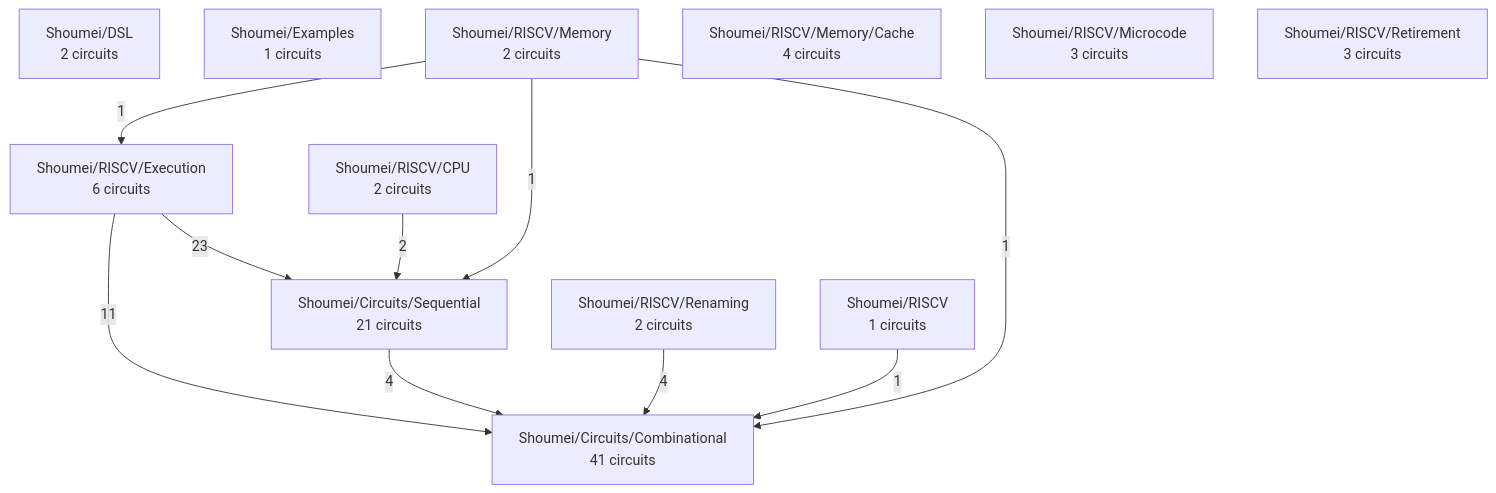
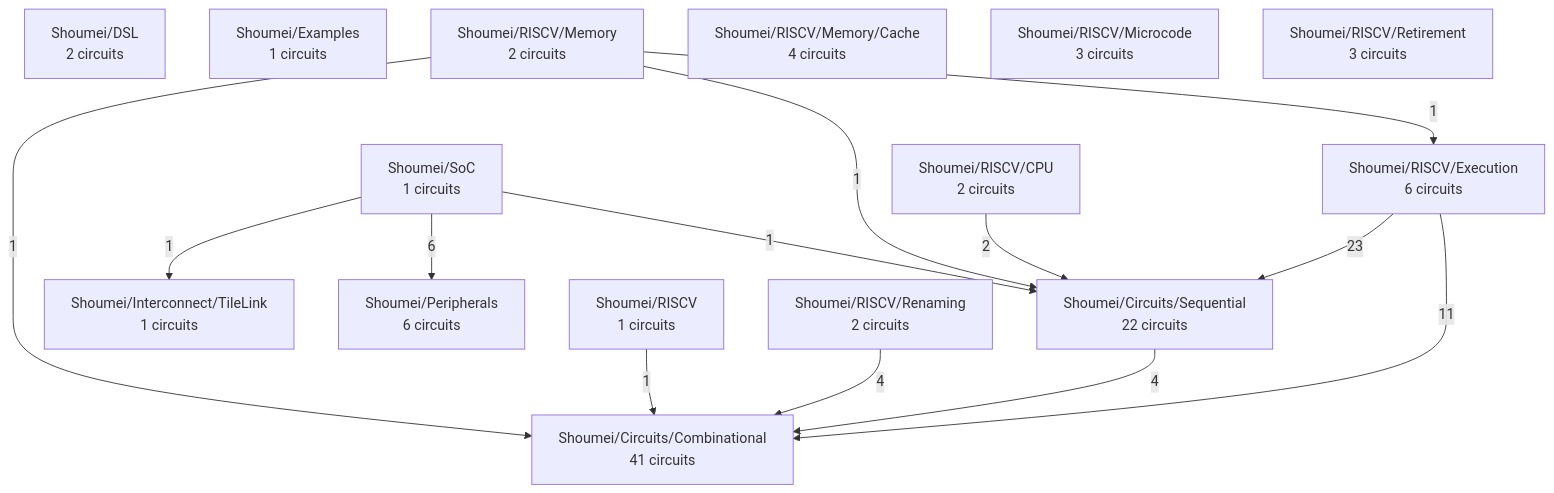
The diagram in docs/project-map.md (atvrager/Shoumei-RTL), drawn with Mermaid before and after one commit. The commit also changed other lines of this file and 41 other files, not shown here.

First line of the commit message:
Add Shoumei SoC: peripherals, TL-UH bus, clock/reset, ACLINT/APLIC, interactive visualizer (#122)

````diff
--- a/docs/project-map.md
+++ b/docs/project-map.md
@@ -25,24 +25,30 @@
 ```mermaid
 graph TD
   Shoumei_Circuits_Combinational["Shoumei/Circuits/Combinational<br/>41 circuits"]
-  Shoumei_Circuits_Sequential["Shoumei/Circuits/Sequential<br/>21 circuits"]
+  Shoumei_Circuits_Sequential["Shoumei/Circuits/Sequential<br/>22 circuits"]
   Shoumei_DSL["Shoumei/DSL<br/>2 circuits"]
   Shoumei_Examples["Shoumei/Examples<br/>1 circuits"]
+  Shoumei_Interconnect_TileLink["Shoumei/Interconnect/TileLink<br/>1 circuits"]
+  Shoumei_Peripherals["Shoumei/Peripherals<br/>6 circuits"]
   Shoumei_RISCV["Shoumei/RISCV<br/>1 circuits"]
   Shoumei_RISCV_CPU["Shoumei/RISCV/CPU<br/>2 circuits"]
   Shoumei_RISCV_Execution["Shoumei/RISCV/Execution<br/>6 circuits"]
   Shoumei_RISCV_Memory["Shoumei/RISCV/Memory<br/>2 circuits"]
   Shoumei_RISCV_Memory_Cache["Shoumei/RISCV/Memory/Cache<br/>4 circuits"]
   Shoumei_RISCV_Microcode["Shoumei/RISCV/Microcode<br/>3 circuits"]
   Shoumei_RISCV_Renaming["Shoumei/RISCV/Renaming<br/>2 circuits"]
   Shoumei_RISCV_Retirement["Shoumei/RISCV/Retirement<br/>3 circuits"]
+  Shoumei_SoC["Shoumei/SoC<br/>1 circuits"]
   Shoumei_RISCV_Execution -->|23| Shoumei_Circuits_Sequential
   Shoumei_RISCV_Execution -->|11| Shoumei_Circuits_Combinational
+  Shoumei_SoC -->|6| Shoumei_Peripherals
   Shoumei_Circuits_Sequential -->|4| Shoumei_Circuits_Combinational
   Shoumei_RISCV_Renaming -->|4| Shoumei_Circuits_Combinational
   Shoumei_RISCV_CPU -->|2| Shoumei_Circuits_Sequential
   Shoumei_RISCV -->|1| Shoumei_Circuits_Combinational
   Shoumei_RISCV_Memory -->|1| Shoumei_Circuits_Combinational
   Shoumei_RISCV_Memory -->|1| Shoumei_Circuits_Sequential
   Shoumei_RISCV_Memory -->|1| Shoumei_RISCV_Execution
+  Shoumei_SoC -->|1| Shoumei_Circuits_Sequential
+  Shoumei_SoC -->|1| Shoumei_Interconnect_TileLink
 ```
````
